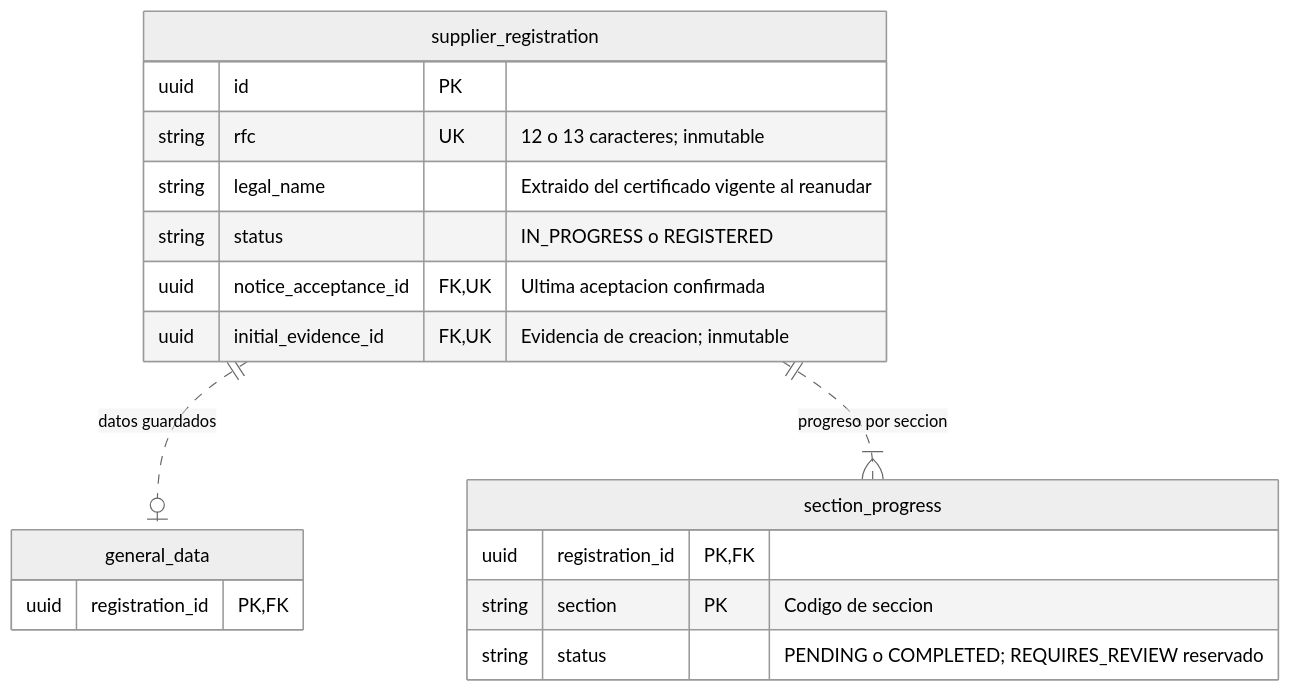
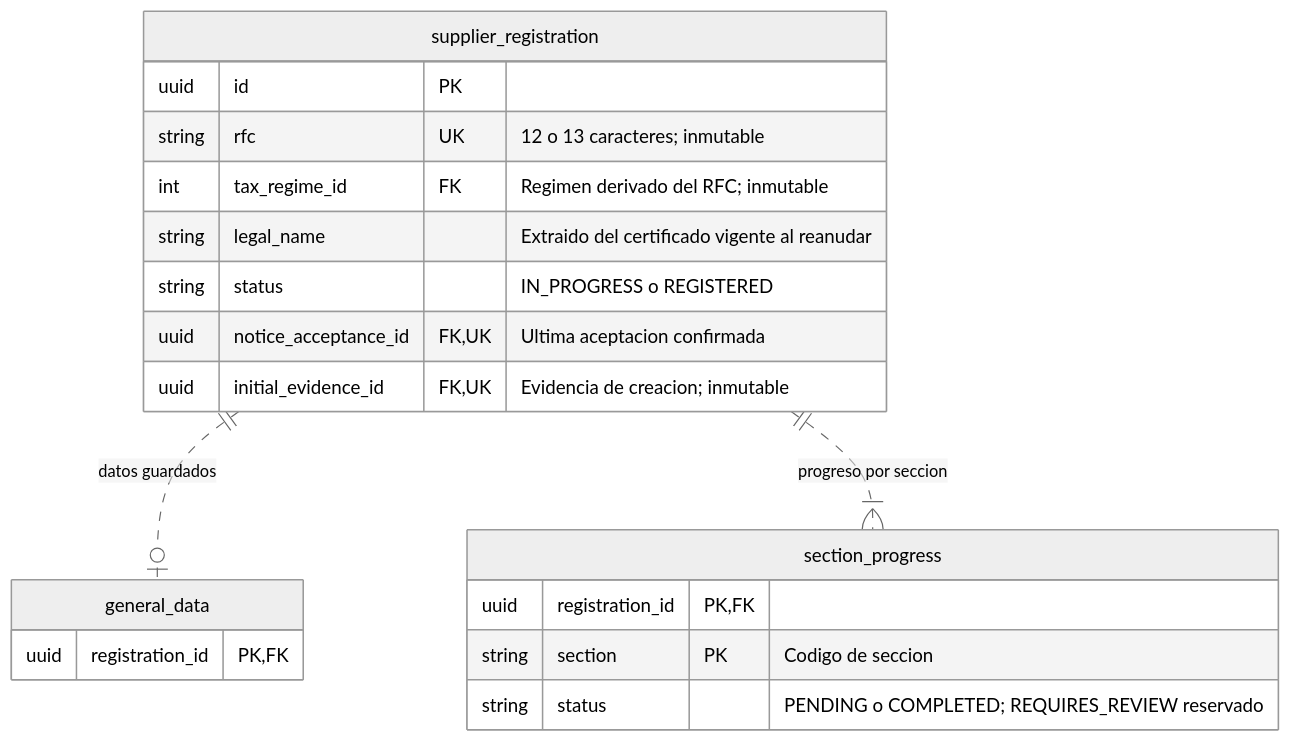
Before and after one commit to fredkor/ai-ssd-registro-proveedores: the first of 5 diagrams in specs/architecture/registration-database-design.md, drawn with Mermaid (neutral theme). The commit also changed other lines of this file and 5 other files, not shown here.

````diff
--- a/specs/architecture/registration-database-design.md
+++ b/specs/architecture/registration-database-design.md
@@ -18,21 +18,22 @@
 ```mermaid
 erDiagram
     supplierRegistration["supplier_registration"] {
         uuid id PK
         string rfc UK "12 o 13 caracteres; inmutable"
+        int tax_regime_id FK "Regimen derivado del RFC; inmutable"
         string legal_name "Extraido del certificado vigente al reanudar"
         string status "IN_PROGRESS o REGISTERED"
         uuid notice_acceptance_id FK,UK "Ultima aceptacion confirmada"
         uuid initial_evidence_id FK,UK "Evidencia de creacion; inmutable"
     }
     generalData["general_data"] {
         uuid registration_id PK,FK
     }
     sectionProgress["section_progress"] {
         uuid registration_id PK,FK
         string section PK "Codigo de seccion"
         string status "PENDING o COMPLETED; REQUIRES_REVIEW reservado"
     }
     supplierRegistration ||..o| generalData : "datos guardados"
     supplierRegistration ||..|{ sectionProgress : "progreso por seccion"
 ```
````
